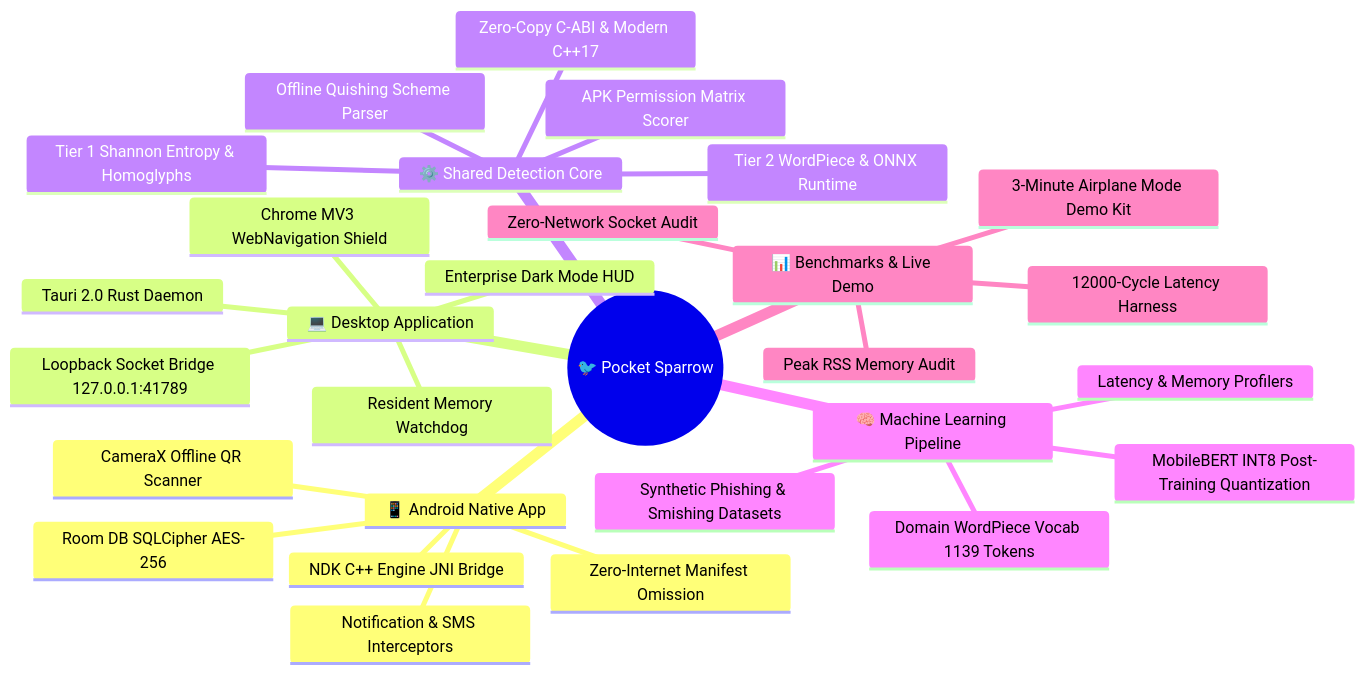
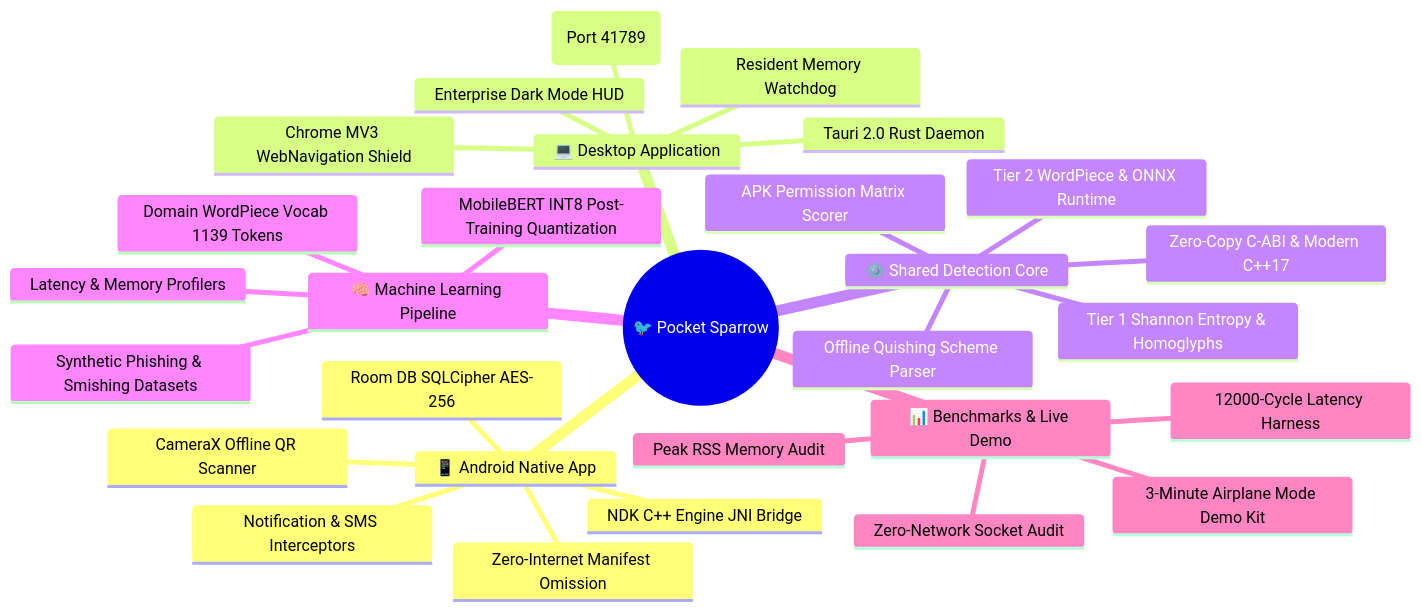
One commit to CODER0890/PocketSparrow changed the third of 4 diagrams in README.md. Above: the diagram before and after it, drawn with Mermaid. The commit also changed other lines of this file, not shown here.

Commit message:
docs(readme): fix Mermaid ELK hierarchy exception in Section 03 and add interactive dropdown execution guides in Section 09

````diff
--- a/README.md
+++ b/README.md
@@ -260,32 +310,32 @@
 ```mermaid
 mindmap
   root((🐦 Pocket Sparrow))
     📱 Android Native App
       NDK C++ Engine JNI Bridge
       Zero-Internet Manifest Omission
       Notification & SMS Interceptors
       CameraX Offline QR Scanner
       Room DB SQLCipher AES-256
     💻 Desktop Application
       Tauri 2.0 Rust Daemon
-      Loopback Socket Bridge 127.0.0.1:41789
+      Loopback Socket Bridge (Port 41789)
       Chrome MV3 WebNavigation Shield
       Enterprise Dark Mode HUD
       Resident Memory Watchdog
     ⚙️ Shared Detection Core
       Tier 1 Shannon Entropy & Homoglyphs
       Tier 2 WordPiece & ONNX Runtime
       Zero-Copy C-ABI & Modern C++17
       Offline Quishing Scheme Parser
       APK Permission Matrix Scorer
     🧠 Machine Learning Pipeline
       MobileBERT INT8 Post-Training Quantization
       Domain WordPiece Vocab 1139 Tokens
       Synthetic Phishing & Smishing Datasets
       Latency & Memory Profilers
     📊 Benchmarks & Live Demo
       12000-Cycle Latency Harness
       Peak RSS Memory Audit
       Zero-Network Socket Audit
       3-Minute Airplane Mode Demo Kit
 ```
````
